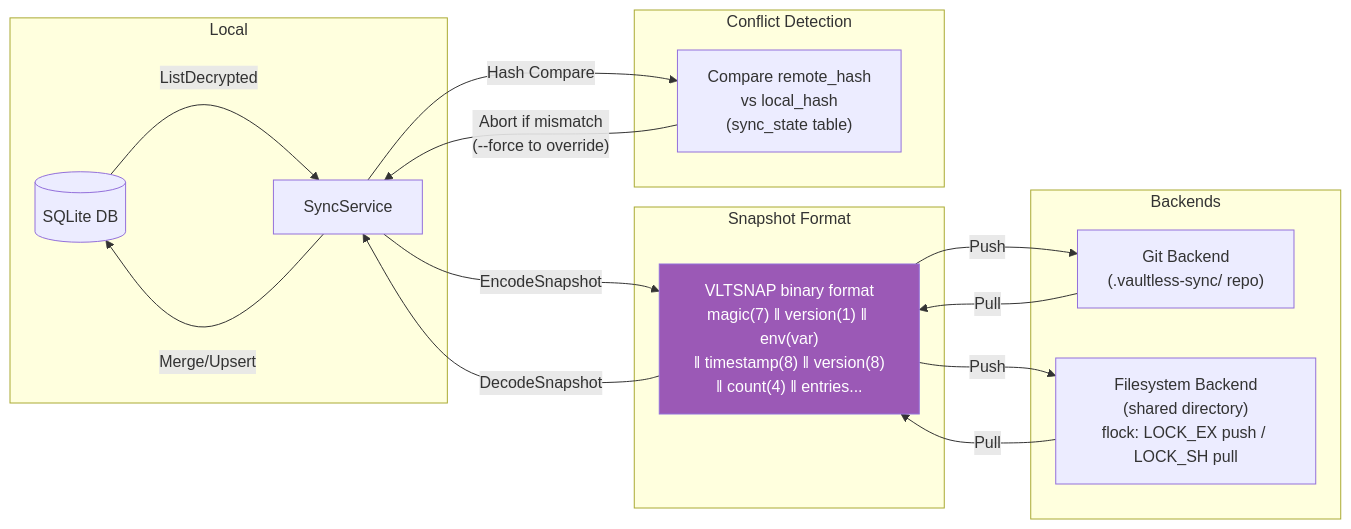
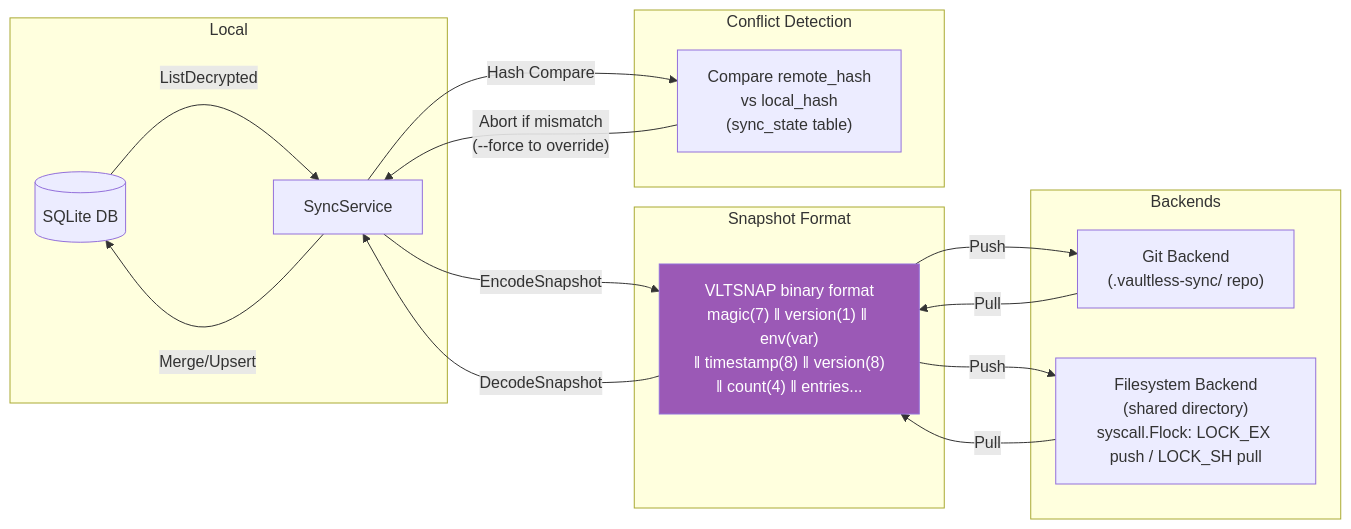
The fifth of 8 diagrams in ARCHITECTURE.md (ShravanthReddy/Vaultless), drawn with Mermaid before and after one commit. The commit also changed other lines of this file, not shown here.

Commit message:
docs: update architecture documentation

````diff
--- a/ARCHITECTURE.md
+++ b/ARCHITECTURE.md
@@ -276,33 +276,33 @@
 ```mermaid
 graph LR
     subgraph "Local"
         DB[(SQLite DB)]
         SyncSvc["SyncService"]
     end
 
     subgraph "Snapshot Format"
         Snap["VLTSNAP binary format<br/>magic(7) ‖ version(1) ‖ env(var)<br/>‖ timestamp(8) ‖ version(8)<br/>‖ count(4) ‖ entries..."]
     end
 
     subgraph "Conflict Detection"
         HashCheck["Compare remote_hash<br/>vs local_hash<br/>(sync_state table)"]
     end
 
     subgraph "Backends"
         Git["Git Backend<br/>(.vaultless-sync/ repo)"]
-        FS["Filesystem Backend<br/>(shared directory)<br/>flock: LOCK_EX push / LOCK_SH pull"]
+        FS["Filesystem Backend<br/>(shared directory)<br/>syscall.Flock: LOCK_EX push / LOCK_SH pull"]
     end
 
     DB -->|"ListDecrypted"| SyncSvc
     SyncSvc -->|"EncodeSnapshot"| Snap
     SyncSvc -->|"Hash Compare"| HashCheck
     HashCheck -->|"Abort if mismatch<br/>(--force to override)"| SyncSvc
     Snap -->|"Push"| Git
     Snap -->|"Push"| FS
     Git -->|"Pull"| Snap
     FS -->|"Pull"| Snap
     Snap -->|"DecodeSnapshot"| SyncSvc
     SyncSvc -->|"Merge/Upsert"| DB
 
     style Snap fill:#9b59b6,color:#fff
 ```
````
